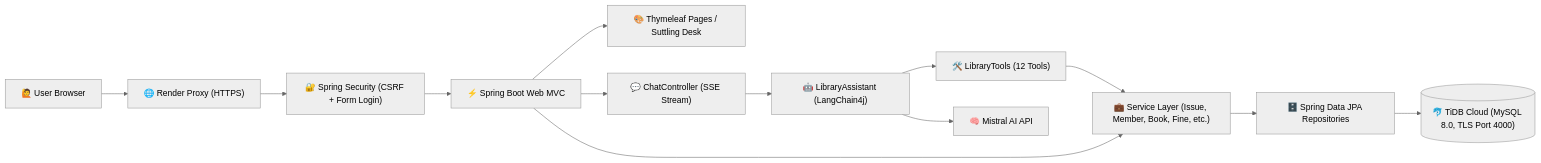
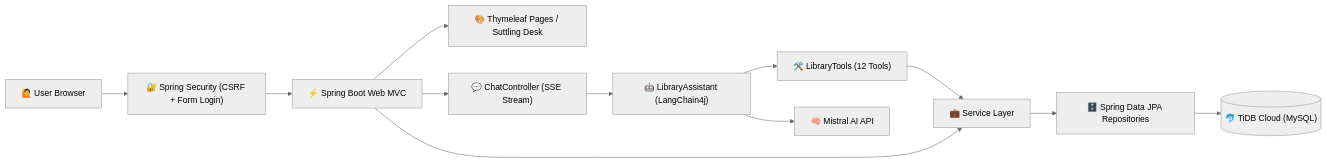
Before and after one commit to zqf20096327/dbhub_collect: the diagram in data/readmes/kairav7220__library-management-system-java.md, drawn with Mermaid (neutral theme). The commit also changed other lines of this file and 816 other files, not shown here.

````diff
--- a/data/readmes/kairav7220__library-management-system-java.md
+++ b/data/readmes/kairav7220__library-management-system-java.md
@@ -63,15 +55,14 @@
 ```mermaid
 flowchart LR
-  User["🙋 User Browser"] --> Proxy["🌐 Render Proxy (HTTPS)"]
-  Proxy --> Sec["🔐 Spring Security (CSRF + Form Login)"]
+  User["🙋 User Browser"] --> Sec["🔐 Spring Security (CSRF + Form Login)"]
   Sec --> MVC["⚡ Spring Boot Web MVC"]
   MVC --> UI["🎨 Thymeleaf Pages / Suttling Desk"]
   MVC --> ChatCtrl["💬 ChatController (SSE Stream)"]
   ChatCtrl --> Concierge["🤖 LibraryAssistant (LangChain4j)"]
   Concierge --> Tools["🛠️ LibraryTools (12 Tools)"]
-  Tools --> Services["💼 Service Layer (Issue, Member, Book, Fine, etc.)"]
+  Tools --> Services["💼 Service Layer"]
   MVC --> Services
   Services --> Repos["🗄️ Spring Data JPA Repositories"]
-  Repos --> TiDB[("🐬 TiDB Cloud (MySQL 8.0, TLS Port 4000)")]
+  Repos --> TiDB[("🐬 TiDB Cloud (MySQL)")]
   Concierge --> Mistral["🧠 Mistral AI API"]
 ```
````
